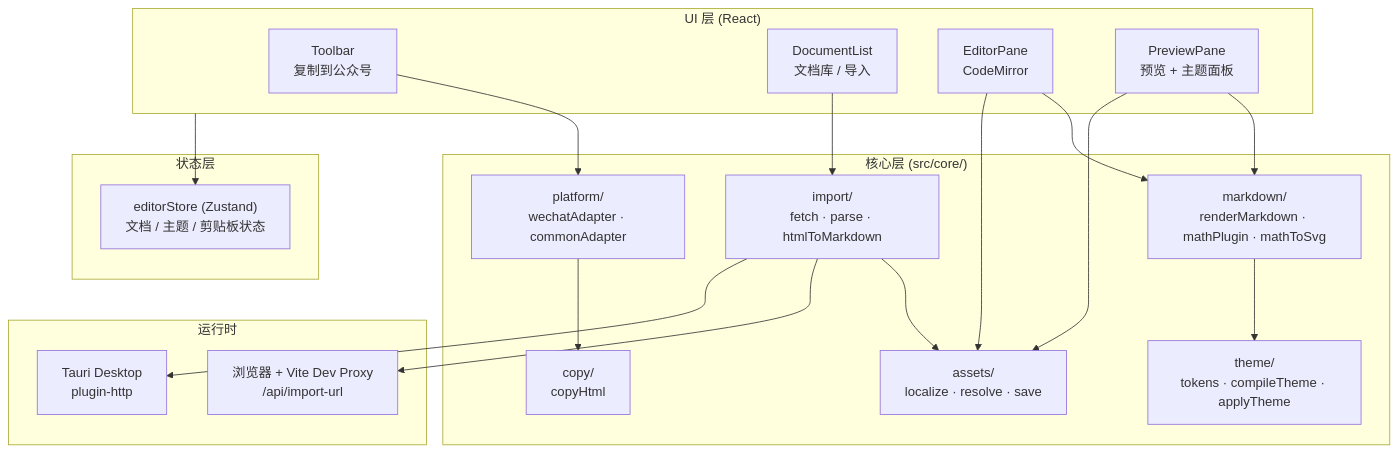
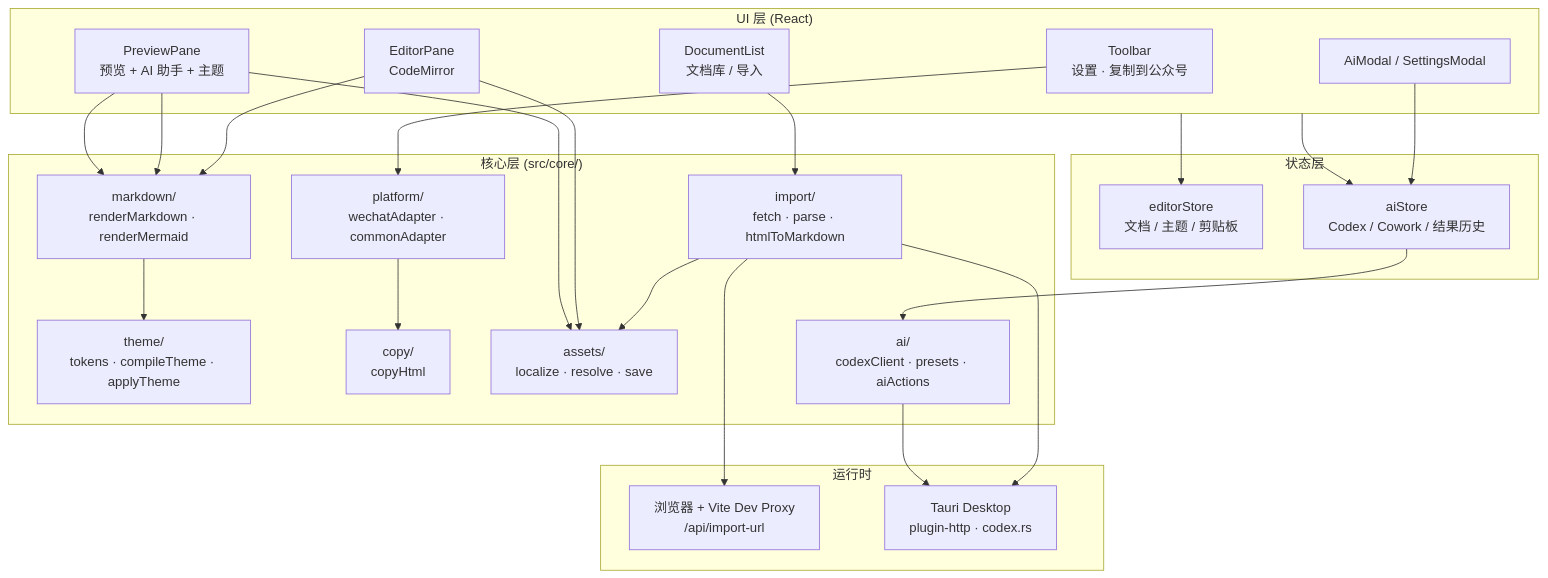
One commit to ingeniousfrog/Read2MD-Studio changed the diagram in README.md. Above: the diagram before and after it, drawn with Mermaid. The commit also changed other lines of this file and 25 other files, not shown here.

First line of the commit message:
Release v0.2.0 with desktop AI assistant and Cowork pipeline.

````diff
--- a/README.md
+++ b/README.md
@@ -55,38 +99,45 @@
 ```mermaid
 flowchart TB
   subgraph UI["UI 层 (React)"]
-    TB[Toolbar<br/>复制到公众号]
+    TB[Toolbar<br/>设置 · 复制到公众号]
     DL[DocumentList<br/>文档库 / 导入]
     EP[EditorPane<br/>CodeMirror]
-    PP[PreviewPane<br/>预览 + 主题面板]
+    PP[PreviewPane<br/>预览 + AI 助手 + 主题]
+    AI[AiModal / SettingsModal]
   end
 
   subgraph State["状态层"]
-    ZS["editorStore (Zustand)<br/>文档 / 主题 / 剪贴板状态"]
+    ZS["editorStore<br/>文档 / 主题 / 剪贴板"]
+    AS2["aiStore<br/>Codex / Cowork / 结果历史"]
   end
 
   subgraph Core["核心层 (src/core/)"]
-    MD["markdown/<br/>renderMarkdown · mathPlugin · mathToSvg"]
+    MD["markdown/<br/>renderMarkdown · renderMermaid"]
     TH["theme/<br/>tokens · compileTheme · applyTheme"]
     PL["platform/<br/>wechatAdapter · commonAdapter"]
     CP["copy/<br/>copyHtml"]
     IM["import/<br/>fetch · parse · htmlToMarkdown"]
     AS["assets/<br/>localize · resolve · save"]
+    AIC["ai/<br/>codexClient · presets · aiActions"]
   end
 
   subgraph Runtime["运行时"]
     WEB["浏览器 + Vite Dev Proxy<br/>/api/import-url"]
-    TAU["Tauri Desktop<br/>plugin-http"]
+    TAU["Tauri Desktop<br/>plugin-http · codex.rs"]
   end
 
   UI --> ZS
+  UI --> AS2
+  AI --> AS2 --> AIC
   EP --> MD
   PP --> MD --> TH
+  PP --> MD
   TB --> PL --> CP
   DL --> IM
   IM --> AS
   IM --> WEB
   IM --> TAU
+  AIC --> TAU
   EP --> AS
   PP --> AS
 ```
````
